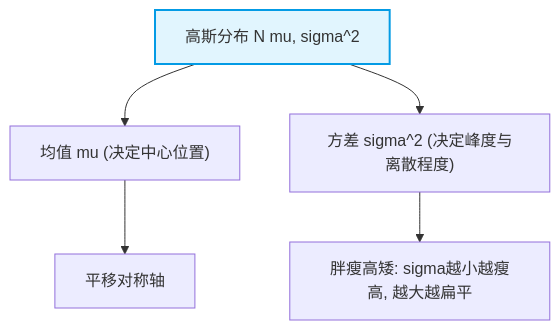
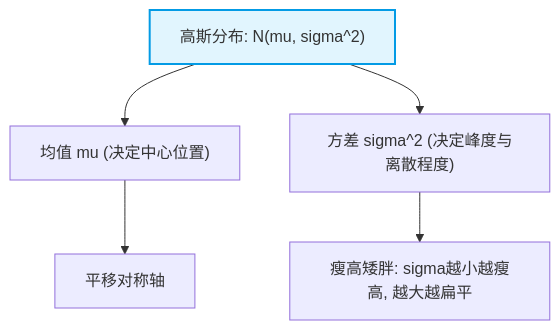
One commit to ljee-hash/machLearning changed the first of 5 diagrams in chapter2/probability-theory-alth/probability-gaussian-distribution-basic.md. Above: the diagram before and after it, drawn with Mermaid. The commit also changed other lines of this file, not shown here.

````diff
--- a/chapter2/probability-theory-alth/probability-gaussian-distribution-basic.md
+++ b/chapter2/probability-theory-alth/probability-gaussian-distribution-basic.md
@@ -13,9 +19,9 @@
 ```mermaid
 graph TD
-    A[高斯分布 N mu, sigma^2] --> B["均值 mu (决定中心位置)"]
+    A["高斯分布: N(mu, sigma^2)"] --> B["均值 mu (决定中心位置)"]
     A --> C["方差 sigma^2 (决定峰度与离散程度)"]
     B --> D[平移对称轴]
-    C --> E[胖瘦高矮: sigma越小越瘦高, 越大越扁平]
+    C --> E[瘦高矮胖: sigma越小越瘦高, 越大越扁平]
     style A fill:#e1f5fe,stroke:#039be5,stroke-width:2px
 
 ```
````
